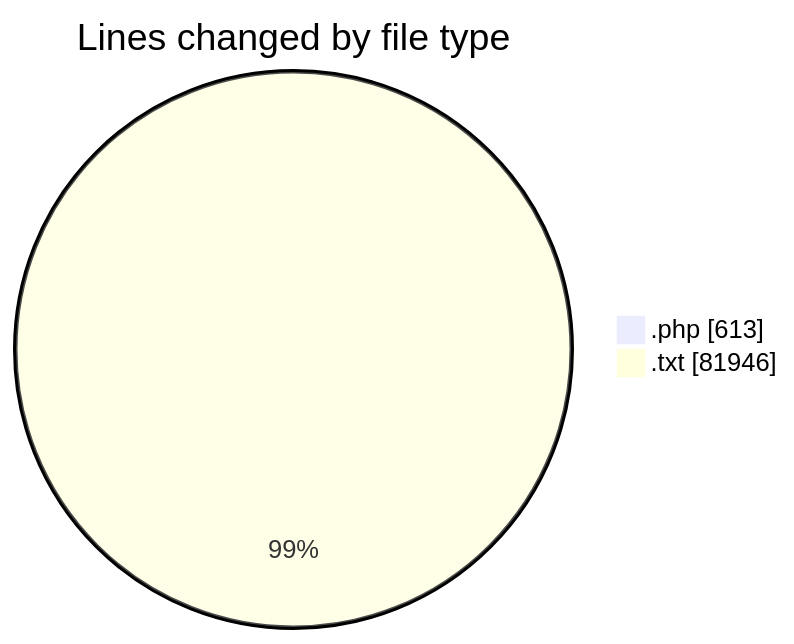
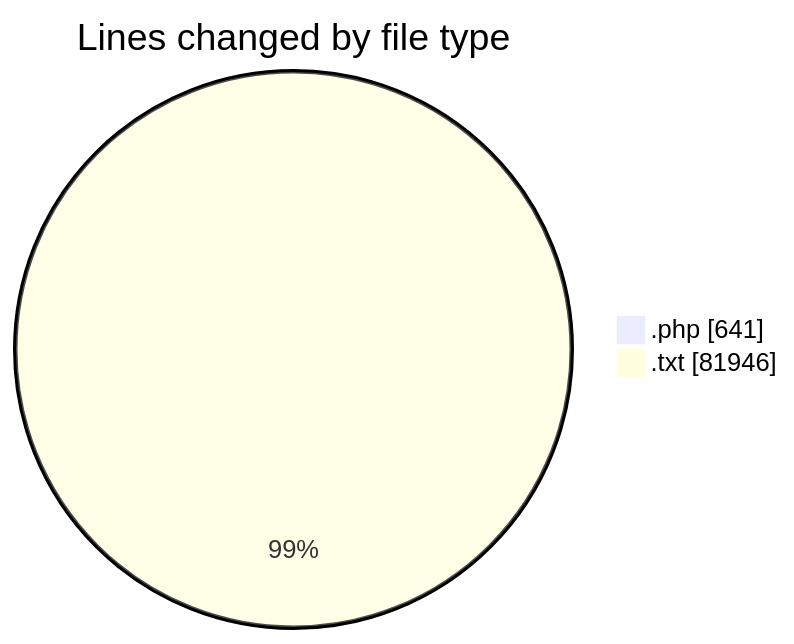
The first of 2 diagrams in 2026-02-09/enviarfacturas/README.md (LanceThiago/code-tracking), drawn with Mermaid before and after one commit. The commit also changed other lines of this file and 1 other file, not shown here.

````diff
--- a/2026-02-09/enviarfacturas/README.md
+++ b/2026-02-09/enviarfacturas/README.md
@@ -22,6 +22,6 @@
 ```mermaid
 pie showData
 title Lines changed by file type
-".php" : 613
+".php" : 641
 ".txt" : 81946
 ```
````
